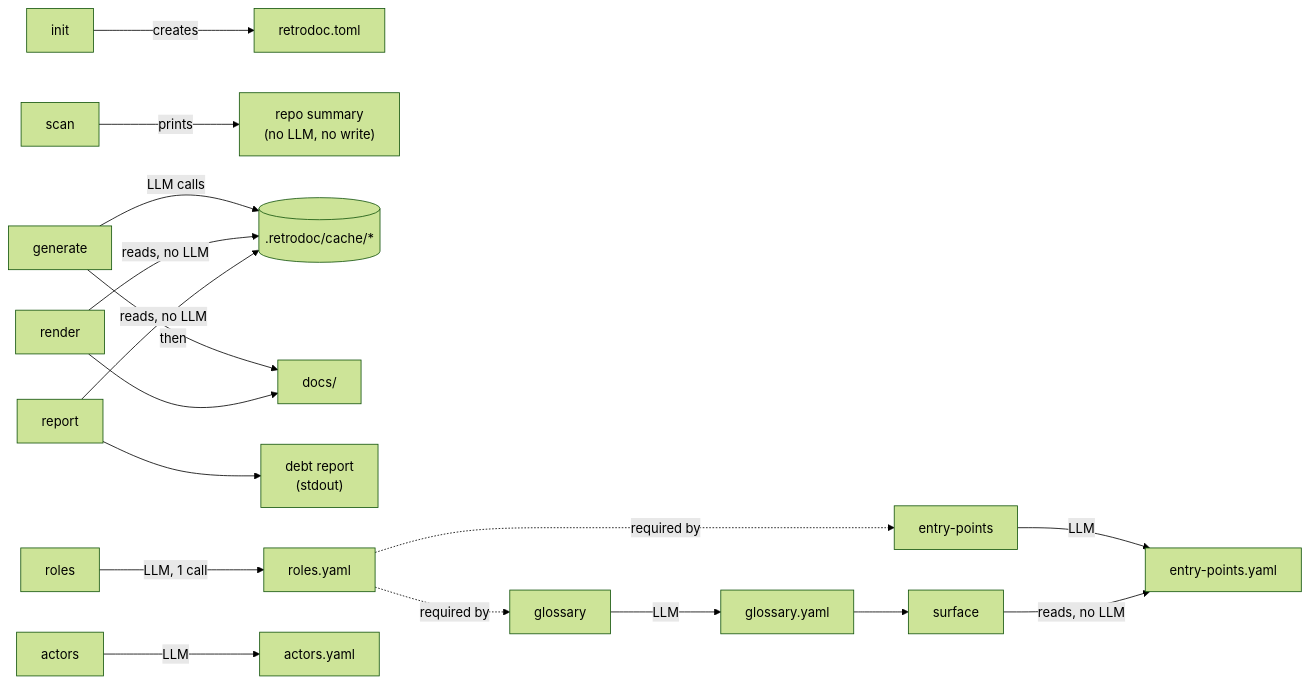
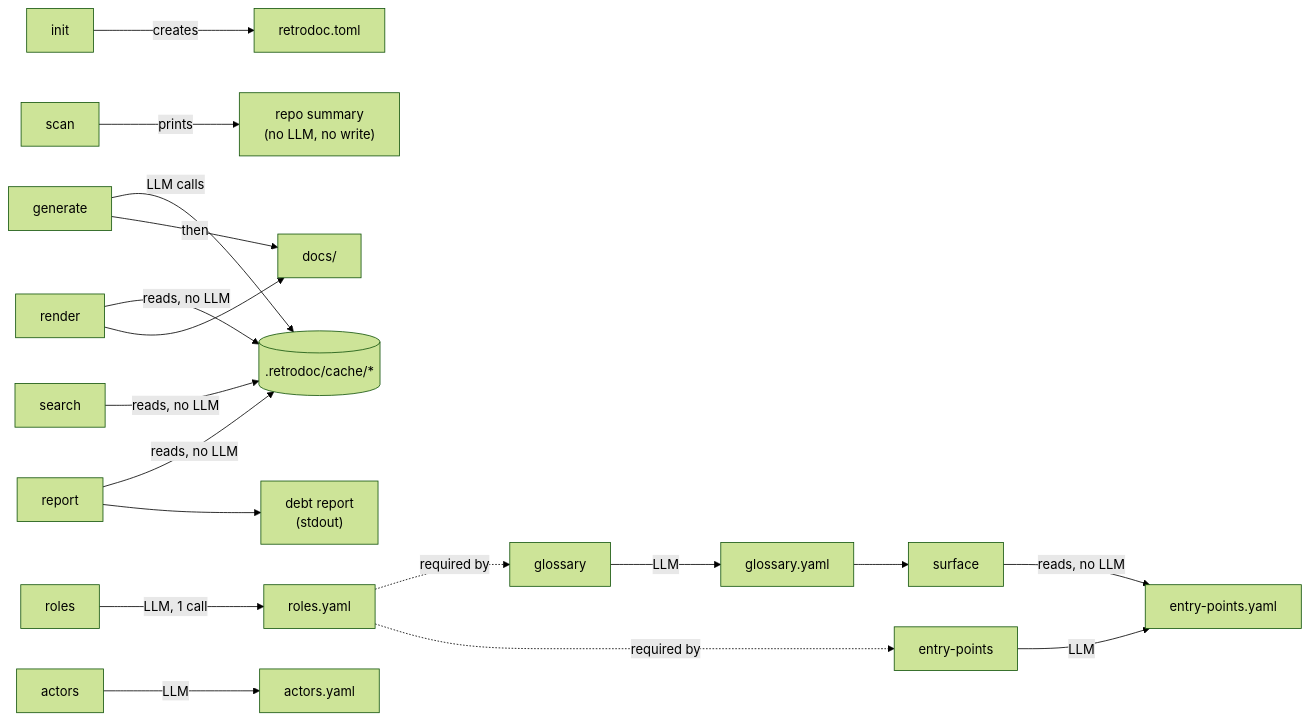
Before and after one commit to Electron-libre/RetroDoc: the third of 8 diagrams in docs/ARCHITECTURE.md, drawn with Mermaid (forest theme). The commit also changed other lines of this file and 14 other files, not shown here.

````diff
--- a/docs/ARCHITECTURE.md
+++ b/docs/ARCHITECTURE.md
@@ -59,19 +65,20 @@
 ```mermaid
 flowchart LR
     init["init"] -->|creates| toml["retrodoc.toml"]
     scan["scan"] -->|prints| sum["repo summary<br/>(no LLM, no write)"]
     gen["generate"] -->|LLM calls| art[(".retrodoc/cache/*")]
     gen -->|then| out["docs/"]
     ren["render"] -->|reads, no LLM| art
     ren --> out
     rep["report"] -->|reads, no LLM| art
     rep --> debt["debt report<br/>(stdout)"]
     roles["roles"] -->|LLM, 1 call| rolesyaml["roles.yaml"]
     gloss["glossary"] -->|LLM| glossyaml["glossary.yaml"]
     rolesyaml -.->|required by| gloss
     ep["entry-points"] -->|LLM| epyaml["entry-points.yaml"]
     act["actors"] -->|LLM| actyaml["actors.yaml"]
     rolesyaml -.->|required by| ep
     surf["surface"] -->|reads, no LLM| epyaml
     glossyaml --> surf
+    srch["search"] -->|reads, no LLM| art
 ```
````
